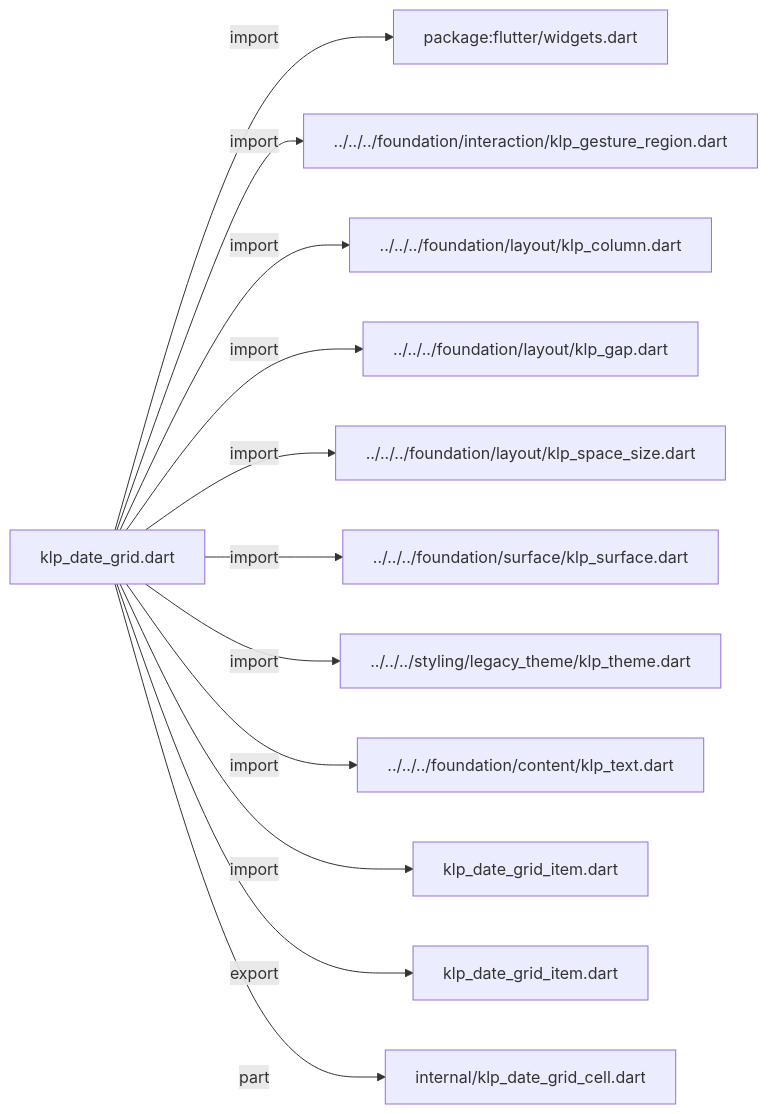
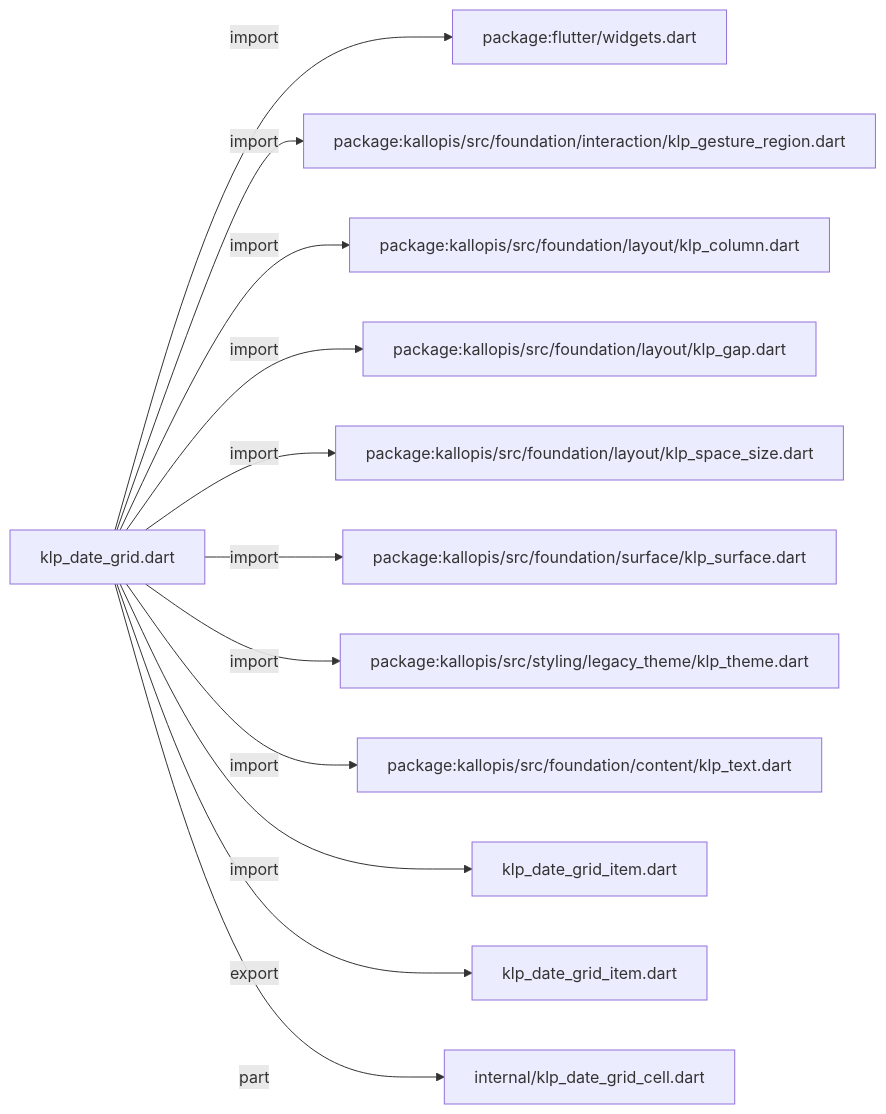
The first of 2 diagrams in docs/architecture/src/features/collections/date_grid/klp_date_grid.md (MiuDog/Kallopis), drawn with Mermaid before and after one commit. The commit also changed other lines of this file and 9688 other files, not shown here.

Commit message:
Prepare isolated Flow F2 peer baseline

````diff
--- a/docs/architecture/src/features/collections/date_grid/klp_date_grid.md
+++ b/docs/architecture/src/features/collections/date_grid/klp_date_grid.md
@@ -11,26 +11,26 @@
 ```mermaid
 flowchart LR
 	n0["klp_date_grid.dart"]
 	n1["package:flutter/widgets.dart"]
-	n2["../../../foundation/interaction/klp_gesture_region.dart"]
-	n3["../../../foundation/layout/klp_column.dart"]
-	n4["../../../foundation/layout/klp_gap.dart"]
-	n5["../../../foundation/layout/klp_space_size.dart"]
-	n6["../../../foundation/surface/klp_surface.dart"]
-	n7["../../../styling/legacy_theme/klp_theme.dart"]
-	n8["../../../foundation/content/klp_text.dart"]
+	n2["package:kallopis/src/foundation/interaction/klp_gesture_region.dart"]
+	n3["package:kallopis/src/foundation/layout/klp_column.dart"]
+	n4["package:kallopis/src/foundation/layout/klp_gap.dart"]
+	n5["package:kallopis/src/foundation/layout/klp_space_size.dart"]
+	n6["package:kallopis/src/foundation/surface/klp_surface.dart"]
+	n7["package:kallopis/src/styling/legacy_theme/klp_theme.dart"]
+	n8["package:kallopis/src/foundation/content/klp_text.dart"]
 	n9["klp_date_grid_item.dart"]
 	n10["klp_date_grid_item.dart"]
 	n11["internal/klp_date_grid_cell.dart"]
 	n0 -->|"import"| n1
 	n0 -->|"import"| n2
 	n0 -->|"import"| n3
 	n0 -->|"import"| n4
 	n0 -->|"import"| n5
 	n0 -->|"import"| n6
 	n0 -->|"import"| n7
 	n0 -->|"import"| n8
 	n0 -->|"import"| n9
 	n0 -->|"export"| n10
 	n0 -->|"part"| n11
 ```
````
